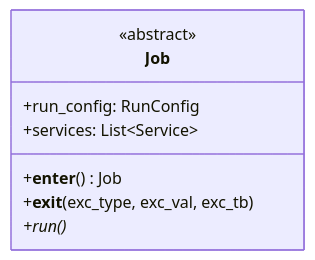
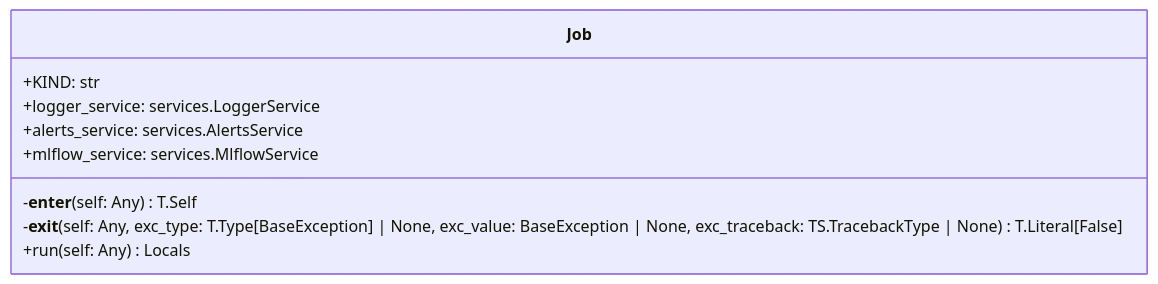
One commit to lgcorzo/mlops-python-package changed the diagram in openwiki/modules/regression_model_template/jobs/base.md. Above: the diagram before and after it, drawn with Mermaid. The commit also changed other lines of this file and 40 other files, not shown here.

````diff
--- a/openwiki/modules/regression_model_template/jobs/base.md
+++ b/openwiki/modules/regression_model_template/jobs/base.md
@@ -26,12 +23,13 @@
 ```mermaid
 classDiagram
     direction BT
     class Job {
-        <<abstract>>
-        +run_config: RunConfig
-        +services: List~Service~
-        +__enter__() Job
-        +__exit__(exc_type, exc_val, exc_tb)
-        +run()*
+        +KIND: str
+        +logger_service: services.LoggerService
+        +alerts_service: services.AlertsService
+        +mlflow_service: services.MlflowService
+        -__enter__(self: Any) T.Self
+        -__exit__(self: Any, exc_type: T.Type[BaseException] | None, exc_value: BaseException | None, exc_traceback: TS.TracebackType | None) T.Literal[False]
+        +run(self: Any) Locals
     }
 ```
````
